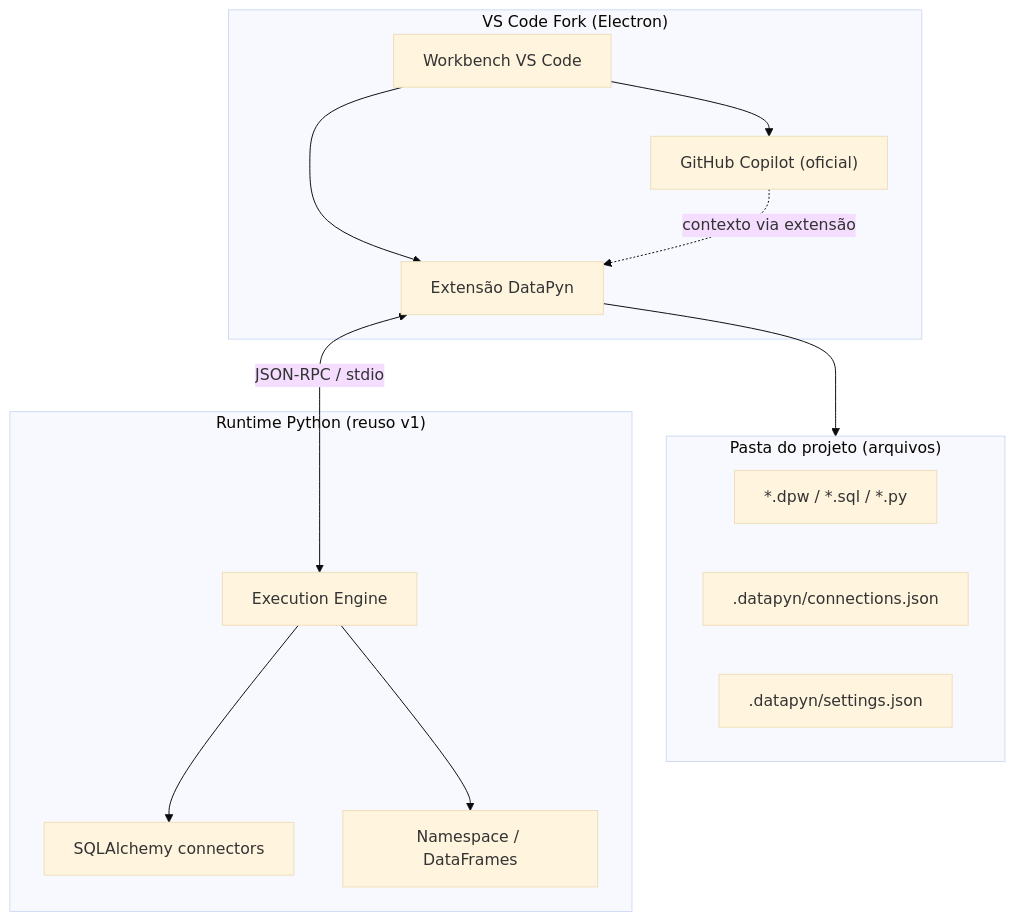
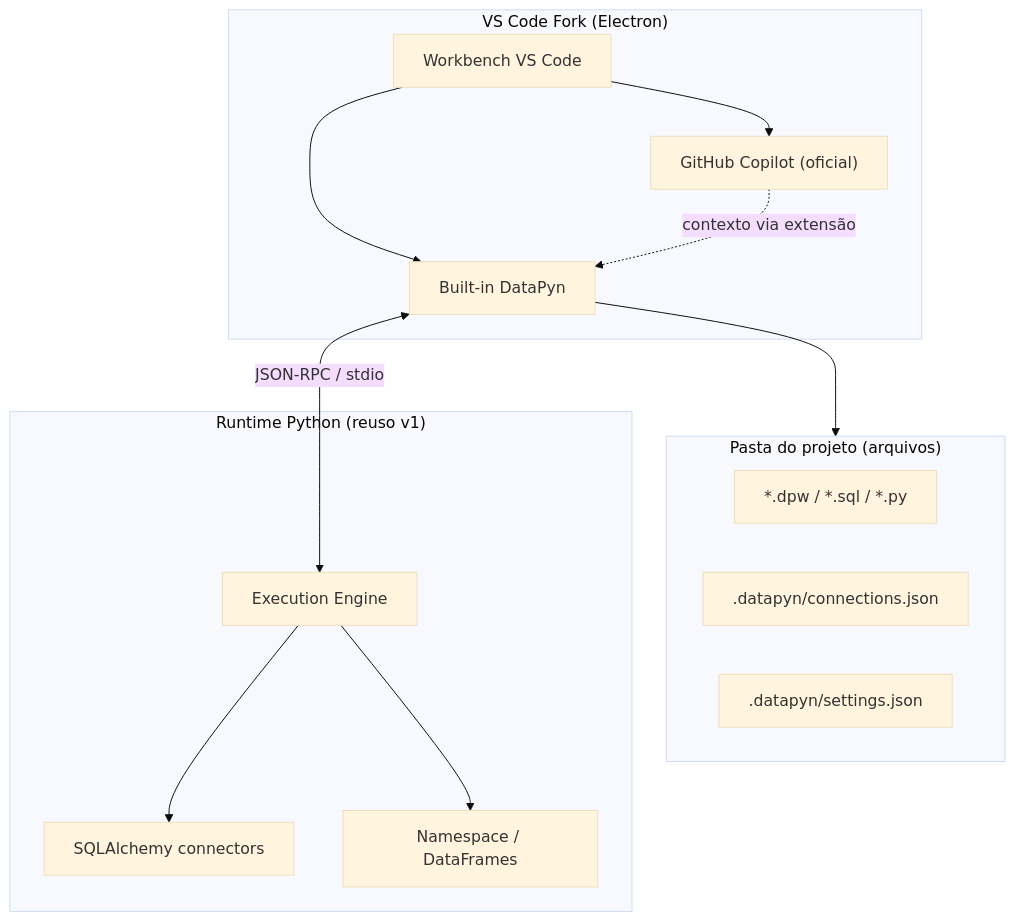
One commit to natharuc/datapyn changed the diagram in docs/DATAPYN_V2_MIGRATION_PLAN.md. Above: the diagram before and after it, drawn with Mermaid (base theme). The commit also changed other lines of this file and 8 other files, not shown here.

````diff
--- a/docs/DATAPYN_V2_MIGRATION_PLAN.md
+++ b/docs/DATAPYN_V2_MIGRATION_PLAN.md
@@ -84,28 +85,28 @@
 ```mermaid
 flowchart TB
     subgraph vscode ["VS Code Fork (Electron)"]
         UI["Workbench VS Code"]
         CopilotExt["GitHub Copilot (oficial)"]
-        DatapynExt["Extensão DataPyn"]
+        DatapynExt["Built-in DataPyn"]
         UI --> DatapynExt
         UI --> CopilotExt
     end
 
     subgraph project ["Pasta do projeto (arquivos)"]
         DPW["*.dpw / *.sql / *.py"]
         Conn[".datapyn/connections.json"]
         Meta[".datapyn/settings.json"]
     end
 
     subgraph runtime ["Runtime Python (reuso v1)"]
         Exec["Execution Engine"]
         DB["SQLAlchemy connectors"]
         NS["Namespace / DataFrames"]
     end
 
     DatapynExt <-->|"JSON-RPC / stdio"| Exec
     DatapynExt --> project
     Exec --> DB
     Exec --> NS
     CopilotExt -.->|"contexto via extensão"| DatapynExt
 ```
````
